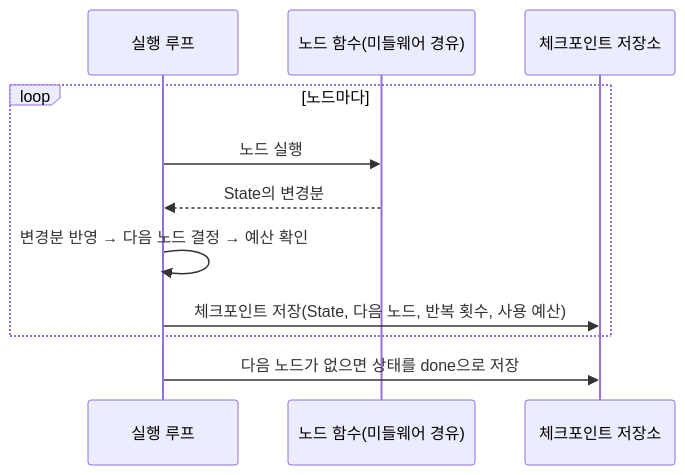
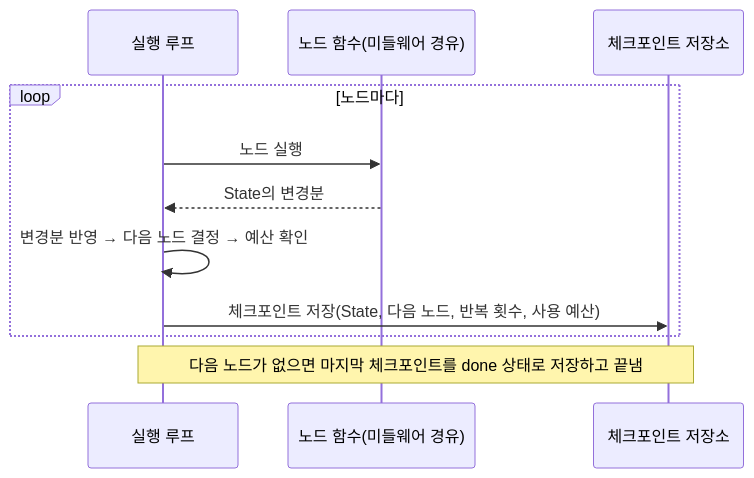
One commit to iwindfree/ai-agent-framework-architecture changed the ninth of 30 diagrams in 00.architecture.md. Above: the diagram before and after it, drawn with Mermaid. The commit also changed other lines of this file and 1 other file, not shown here.

````diff
--- a/00.architecture.md
+++ b/00.architecture.md
@@ -1013,13 +1026,13 @@
 ```mermaid
 sequenceDiagram
     participant L as 실행 루프
     participant N as 노드 함수(미들웨어 경유)
     participant S as 체크포인트 저장소
     loop 노드마다
         L->>N: 노드 실행
         N-->>L: State의 변경분
         L->>L: 변경분 반영 → 다음 노드 결정 → 예산 확인
         L->>S: 체크포인트 저장(State, 다음 노드, 반복 횟수, 사용 예산)
     end
-    L->>S: 다음 노드가 없으면 상태를 done으로 저장
+    Note over L,S: 다음 노드가 없으면 마지막 체크포인트를 done 상태로 저장하고 끝냄
 ```
````
